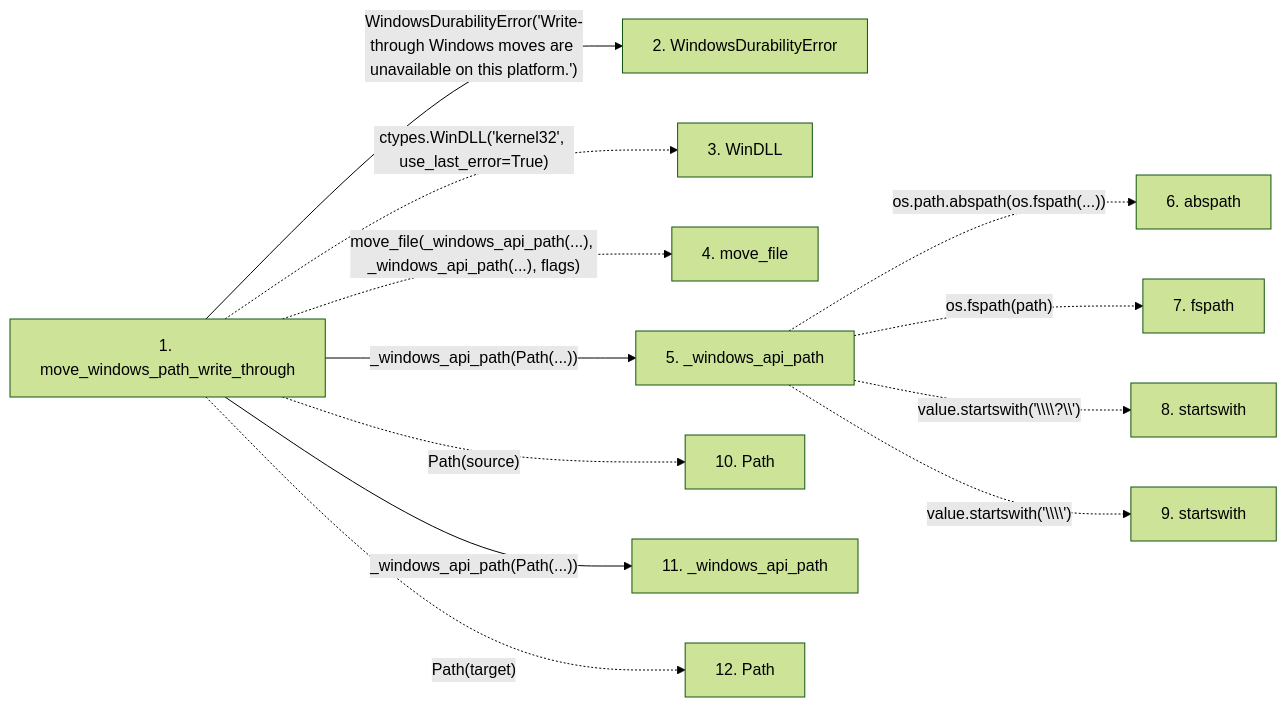
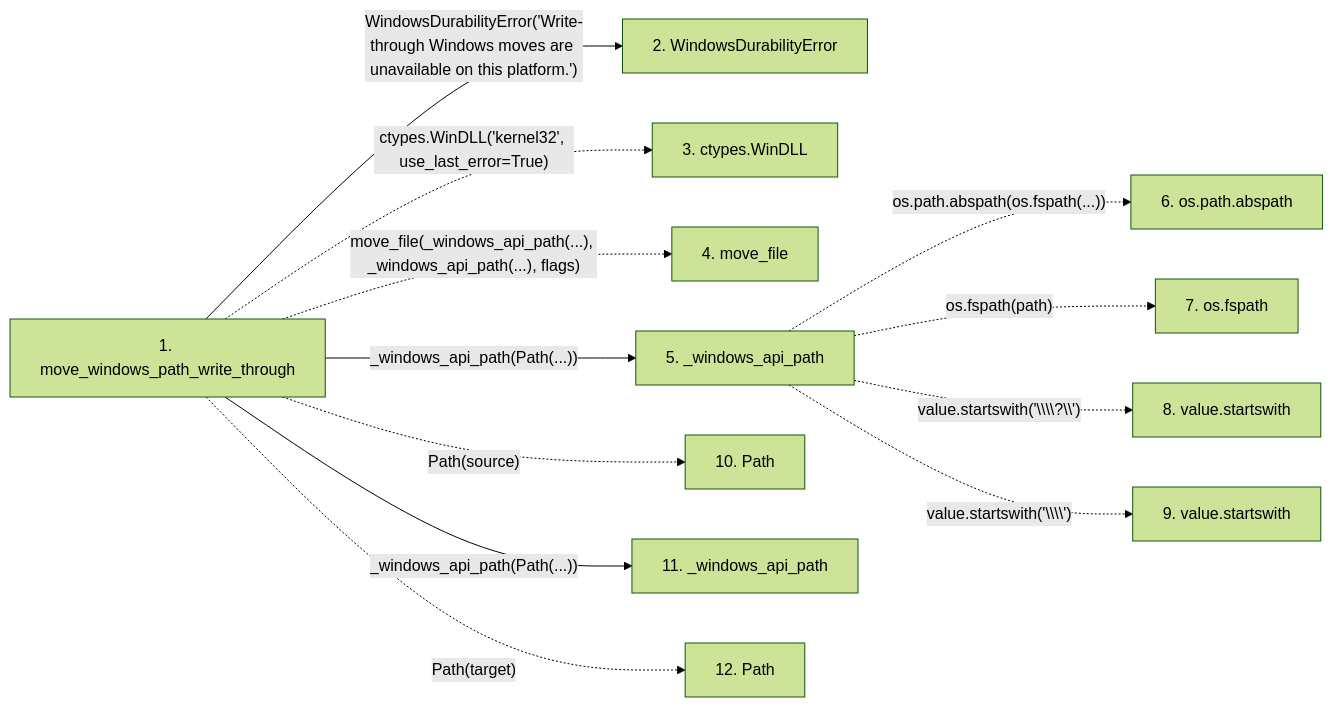
Before and after one commit to Denissvgn/python-wiki-llm: the second of 2 diagrams in docs/llm_wiki/flows/api-move_windows_path_write_through.md, drawn with Mermaid (forest theme). The commit also changed other lines of this file and 719 other files, not shown here.

````diff
--- a/docs/llm_wiki/flows/api-move_windows_path_write_through.md
+++ b/docs/llm_wiki/flows/api-move_windows_path_write_through.md
@@ -46,30 +46,30 @@
 ```mermaid
 flowchart LR
     s1["1. move_windows_path_write_through"]
     s2["2. WindowsDurabilityError"]
-    s3["3. WinDLL"]
+    s3["3. ctypes.WinDLL"]
     s4["4. move_file"]
     s5["5. _windows_api_path"]
-    s6["6. abspath"]
-    s7["7. fspath"]
-    s8["8. startswith"]
-    s9["9. startswith"]
+    s6["6. os.path.abspath"]
+    s7["7. os.fspath"]
+    s8["8. value.startswith"]
+    s9["9. value.startswith"]
     s10["10. Path"]
     s11["11. _windows_api_path"]
     s12["12. Path"]
     s1 -->|"WindowsDurabilityError('Write-through Windows moves are unavailable on this platform.')"| s2
     s1 -. "ctypes.WinDLL('kernel32', use_last_error=True)" .-> s3
     s1 -. "move_file(_windows_api_path(...), _windows_api_path(...), flags)" .-> s4
     s1 -->|"_windows_api_path(Path(...))"| s5
     s5 -. "os.path.abspath(os.fspath(...))" .-> s6
     s5 -. "os.fspath(path)" .-> s7
     s5 -. "value.startswith('\\\\?\\')" .-> s8
     s5 -. "value.startswith('\\\\')" .-> s9
     s1 -. "Path(source)" .-> s10
     s1 -->|"_windows_api_path(Path(...))"| s11
     s1 -. "Path(target)" .-> s12
     click s1 "../modules/filesystem_guard.md"
     click s2 "../modules/filesystem_guard.md"
     click s5 "../modules/filesystem_guard.md"
     click s11 "../modules/filesystem_guard.md"
 ```
````
